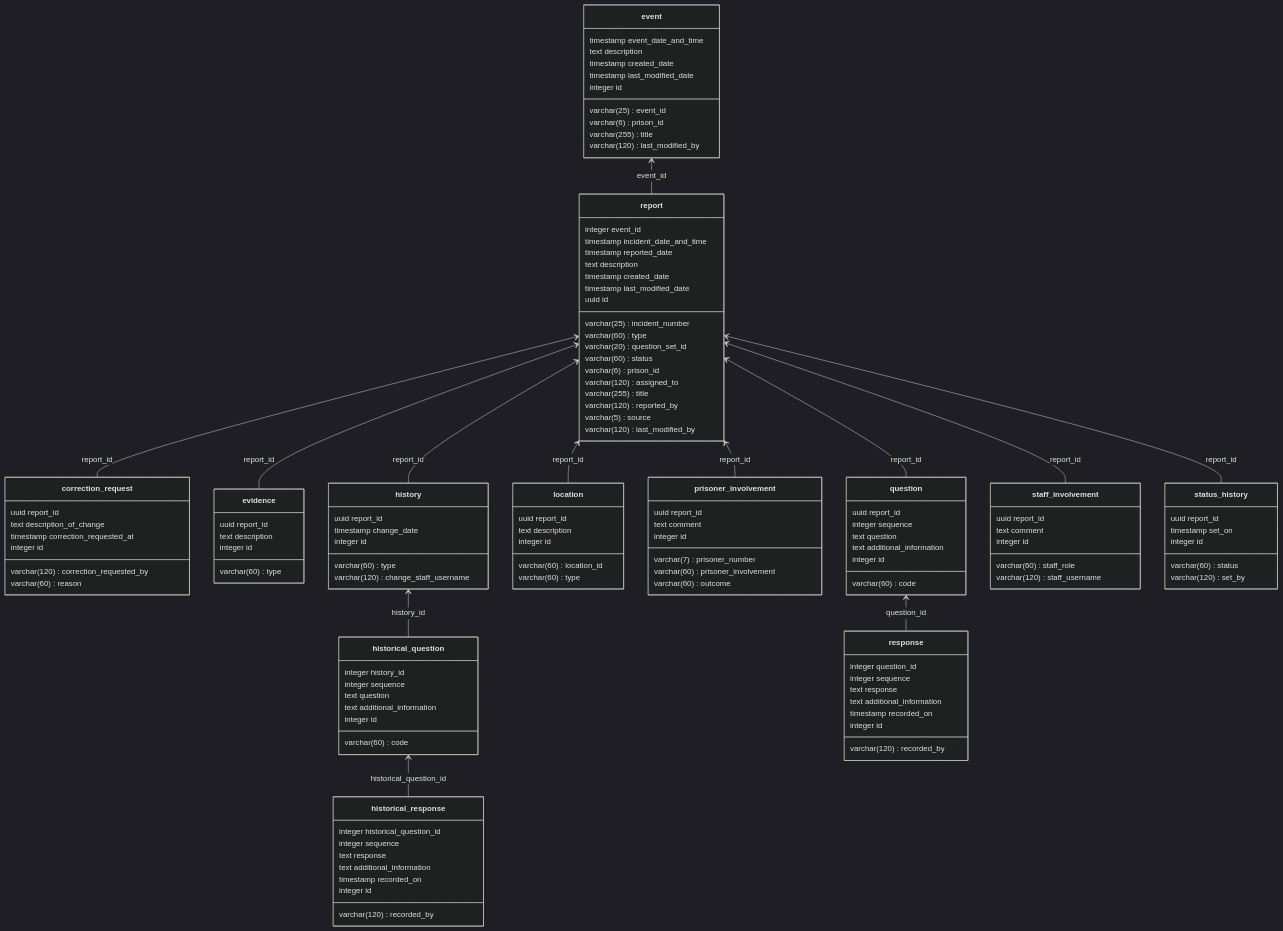
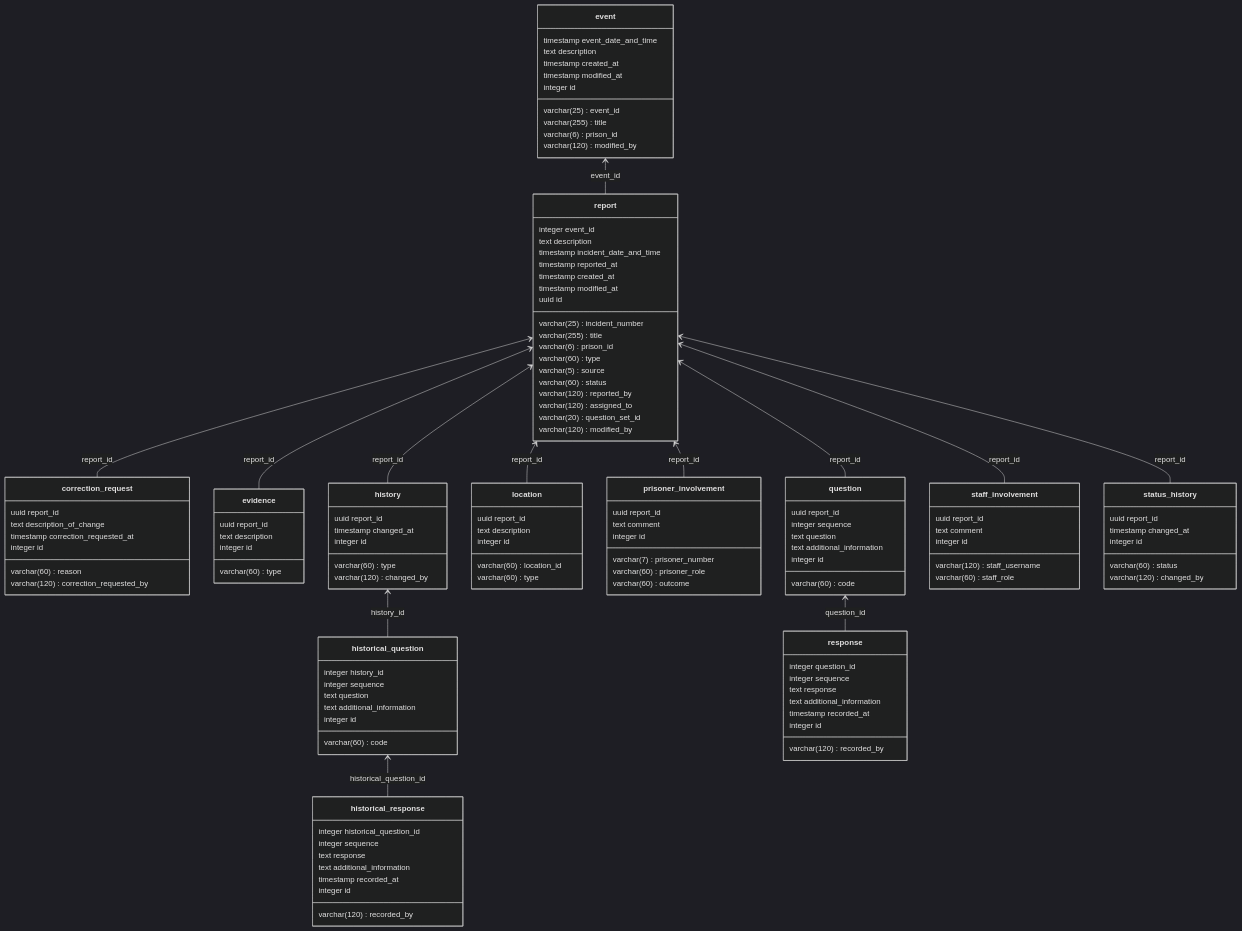
The second of 2 diagrams in docs/0004-modeling-irs.md (ministryofjustice/hmpps-incident-reporting-api), drawn with Mermaid (dark theme) before and after one commit. The commit also changed other lines of this file, not shown here.

Commit message:
IR-68: Update entity relationship diagrams to match latest schema (#101)
Update entity relationship diagrams to match latest schema

````diff
--- a/docs/0004-modeling-irs.md
+++ b/docs/0004-modeling-irs.md
@@ -137,21 +137,21 @@
     direction BT
     class correction_request {
         uuid report_id
-        varchar(120) correction_requested_by
         varchar(60) reason
         text description_of_change
         timestamp correction_requested_at
+        varchar(120) correction_requested_by
         integer id
     }
     class event {
         varchar(25) event_id
-        varchar(6) prison_id
         timestamp event_date_and_time
         varchar(255) title
         text description
-        timestamp created_date
-        varchar(120) last_modified_by
-        timestamp last_modified_date
+        varchar(6) prison_id
+        timestamp created_at
+        varchar(120) modified_by
+        timestamp modified_at
         integer id
     }
     class evidence {
@@ -173,15 +173,15 @@
         integer sequence
         text response
         text additional_information
-        timestamp recorded_on
+        timestamp recorded_at
         varchar(120) recorded_by
         integer id
     }
     class history {
         uuid report_id
         varchar(60) type
-        timestamp change_date
-        varchar(120) change_staff_username
+        timestamp changed_at
+        varchar(120) changed_by
         integer id
     }
     class location {
@@ -194,7 +194,7 @@
     class prisoner_involvement {
         uuid report_id
         varchar(7) prisoner_number
-        varchar(60) prisoner_involvement
+        varchar(60) prisoner_role
         varchar(60) outcome
         text comment
         integer id
@@ -210,20 +210,20 @@
     class report {
         integer event_id
         varchar(25) incident_number
+        varchar(255) title
+        text description
+        varchar(6) prison_id
         varchar(60) type
-        varchar(20) question_set_id
+        varchar(5) source
         varchar(60) status
         timestamp incident_date_and_time
-        varchar(6) prison_id
-        timestamp reported_date
+        timestamp reported_at
+        varchar(120) reported_by
         varchar(120) assigned_to
-        varchar(255) title
-        text description
-        varchar(120) reported_by
-        timestamp created_date
-        varchar(5) source
-        varchar(120) last_modified_by
-        timestamp last_modified_date
+        varchar(20) question_set_id
+        timestamp created_at
+        varchar(120) modified_by
+        timestamp modified_at
         uuid id
     }
     class response {
@@ -231,35 +231,35 @@
         integer sequence
         text response
         text additional_information
-        timestamp recorded_on
+        timestamp recorded_at
         varchar(120) recorded_by
         integer id
     }
     class staff_involvement {
         uuid report_id
+        varchar(120) staff_username
         varchar(60) staff_role
-        varchar(120) staff_username
         text comment
         integer id
     }
     class status_history {
         uuid report_id
         varchar(60) status
-        timestamp set_on
-        varchar(120) set_by
+        timestamp changed_at
+        varchar(120) changed_by
         integer id
     }
 
-correction_request  -->  report : report_id
-evidence  -->  report : report_id
-historical_question  -->  history : history_id
-historical_response  -->  historical_question : historical_question_id
-history  -->  report : report_id
-location  -->  report : report_id
-prisoner_involvement  -->  report : report_id
-question  -->  report : report_id
-report  -->  event : event_id
-response  -->  question : question_id
-staff_involvement  -->  report : report_id
-status_history  -->  report : report_id
+correction_request --> report: report_id
+evidence --> report: report_id
+historical_question --> history: history_id
+historical_response --> historical_question: historical_question_id
+history --> report: report_id
+location --> report: report_id
+prisoner_involvement --> report: report_id
+question --> report: report_id
+report --> event: event_id
+response --> question: question_id
+staff_involvement --> report: report_id
+status_history --> report: report_id
 ```
````
